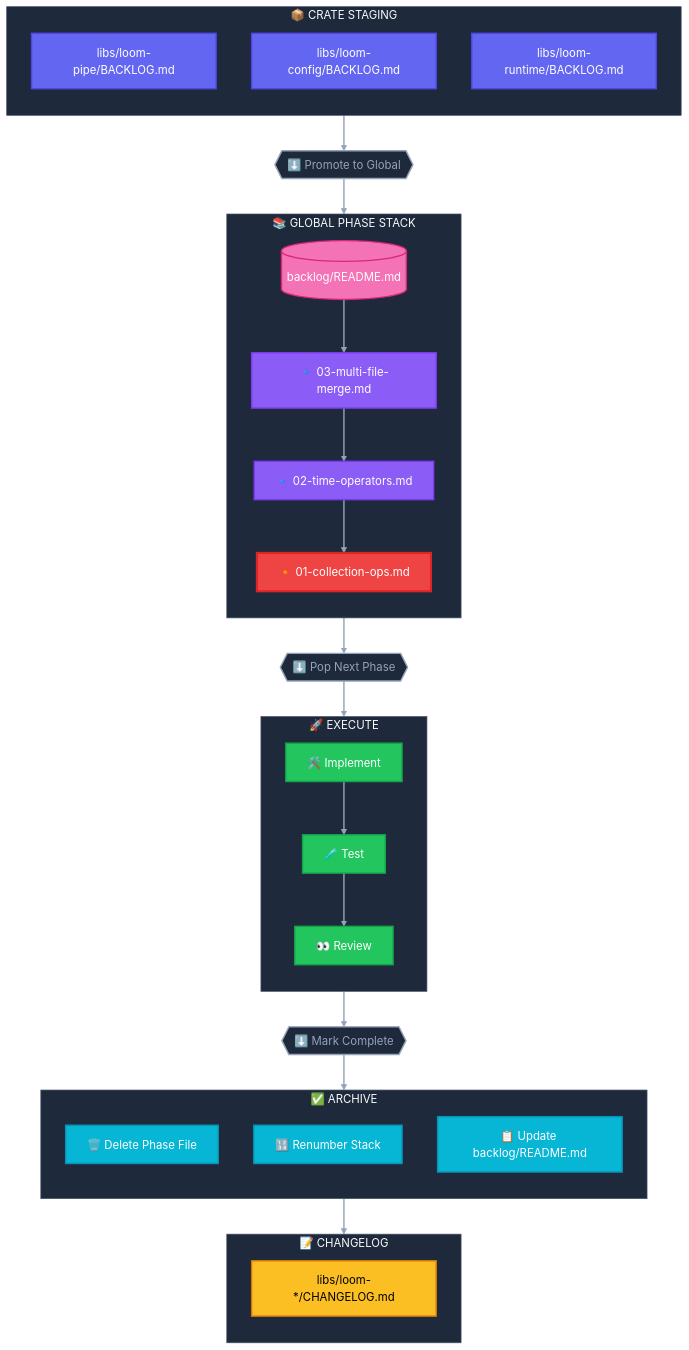
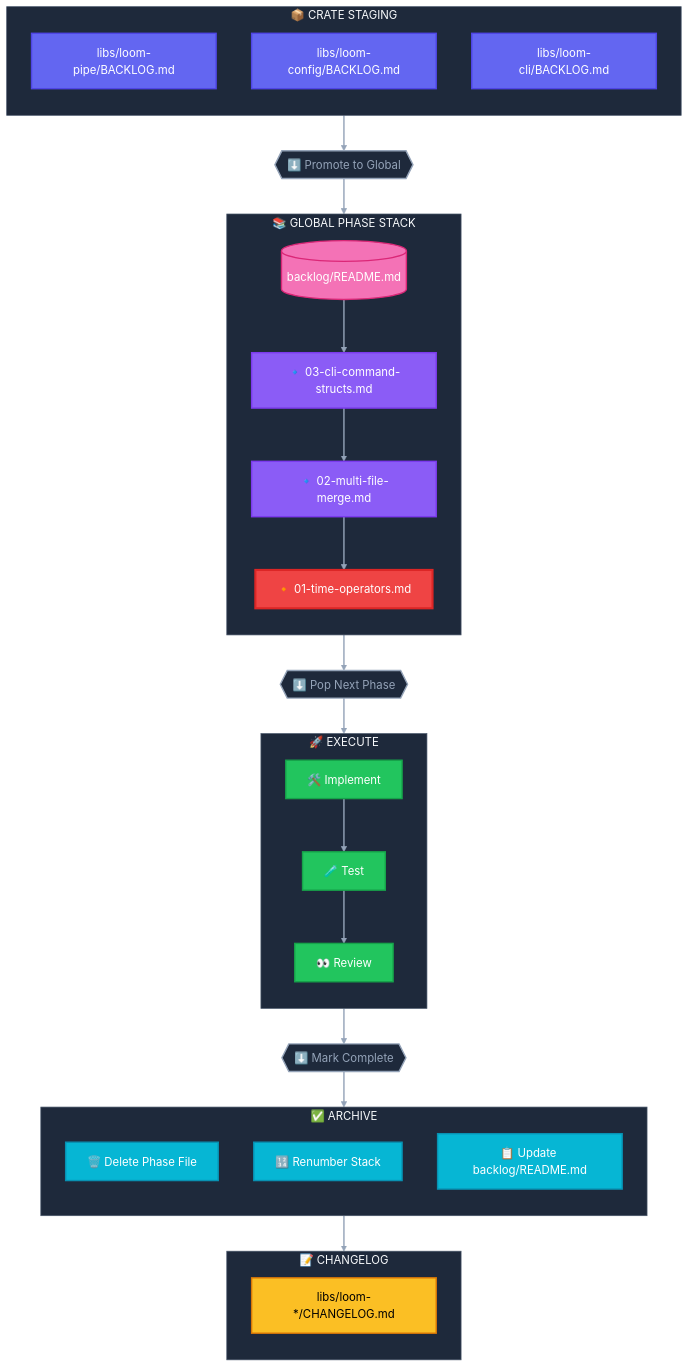
The first of 2 diagrams in WORKFLOW.md (aacebo/merc), drawn with Mermaid before and after one commit. The commit also changed other lines of this file and 12 other files, not shown here.

````diff
--- a/WORKFLOW.md
+++ b/WORKFLOW.md
@@ -5,80 +5,80 @@
 ```mermaid
 %%{init: {'theme': 'base', 'themeVariables': { 'primaryColor': '#6366f1', 'primaryTextColor': '#fff', 'primaryBorderColor': '#4f46e5', 'lineColor': '#94a3b8', 'secondaryColor': '#f472b6', 'tertiaryColor': '#34d399', 'background': '#0f172a', 'mainBkg': '#1e293b', 'nodeBorder': '#475569', 'clusterBkg': '#1e293b', 'clusterBorder': '#475569', 'titleColor': '#f8fafc', 'edgeLabelBackground': '#1e293b'}}}%%
 
 flowchart TB
     subgraph STAGE["📦 CRATE STAGING"]
         direction TB
         s1[libs/loom-pipe/BACKLOG.md]
         s2[libs/loom-config/BACKLOG.md]
-        s3[libs/loom-runtime/BACKLOG.md]
+        s3[libs/loom-cli/BACKLOG.md]
     end
 
     promote{{"⬇️ Promote to Global"}}
 
     subgraph STACK["📚 GLOBAL PHASE STACK"]
         direction TB
         index[(backlog/README.md)]
-        p03[🔹 03-multi-file-merge.md]
-        p02[🔹 02-time-operators.md]
-        p01[🔸 01-collection-ops.md]
+        p03[🔹 03-cli-command-structs.md]
+        p02[🔹 02-multi-file-merge.md]
+        p01[🔸 01-time-operators.md]
 
         index --> p03
         p03 --> p02
         p02 --> p01
     end
 
     pop{{"⬇️ Pop Next Phase"}}
 
     subgraph WORK["🚀 EXECUTE"]
         direction TB
         impl[🛠️ Implement]
         test[🧪 Test]
         review[👀 Review]
 
         impl --> test
         test --> review
     end
 
     complete{{"⬇️ Mark Complete"}}
 
     subgraph DONE["✅ ARCHIVE"]
         direction TB
         remove[🗑️ Delete Phase File]
         renum[🔢 Renumber Stack]
         summary[📋 Update backlog/README.md]
     end
 
     subgraph LOG["📝 CHANGELOG"]
         direction TB
         cl1[libs/loom-*/CHANGELOG.md]
     end
 
     STAGE --> promote
     promote --> STACK
     p01 --> pop
     pop --> WORK
     WORK --> complete
     complete --> DONE
     DONE --> LOG
 
     %% Styling
     classDef staging fill:#6366f1,stroke:#4f46e5,stroke-width:2px,color:#fff
     classDef phase fill:#8b5cf6,stroke:#7c3aed,stroke-width:2px,color:#fff
     classDef nextPhase fill:#ef4444,stroke:#dc2626,stroke-width:3px,color:#fff
     classDef index fill:#f472b6,stroke:#db2777,stroke-width:2px,color:#fff
     classDef action fill:#1e293b,stroke:#94a3b8,stroke-width:2px,color:#94a3b8
     classDef work fill:#22c55e,stroke:#16a34a,stroke-width:2px,color:#fff
     classDef done fill:#06b6d4,stroke:#0891b2,stroke-width:2px,color:#fff
     classDef changelog fill:#fbbf24,stroke:#d97706,stroke-width:2px,color:#000
 
     class s1,s2,s3 staging
     class p02,p03 phase
     class p01 nextPhase
     class index index
     class promote,pop,complete action
     class impl,test,review work
     class remove,renum,summary done
     class cl1 changelog
 
     linkStyle default stroke:#94a3b8,stroke-width:2px
 ```
````
